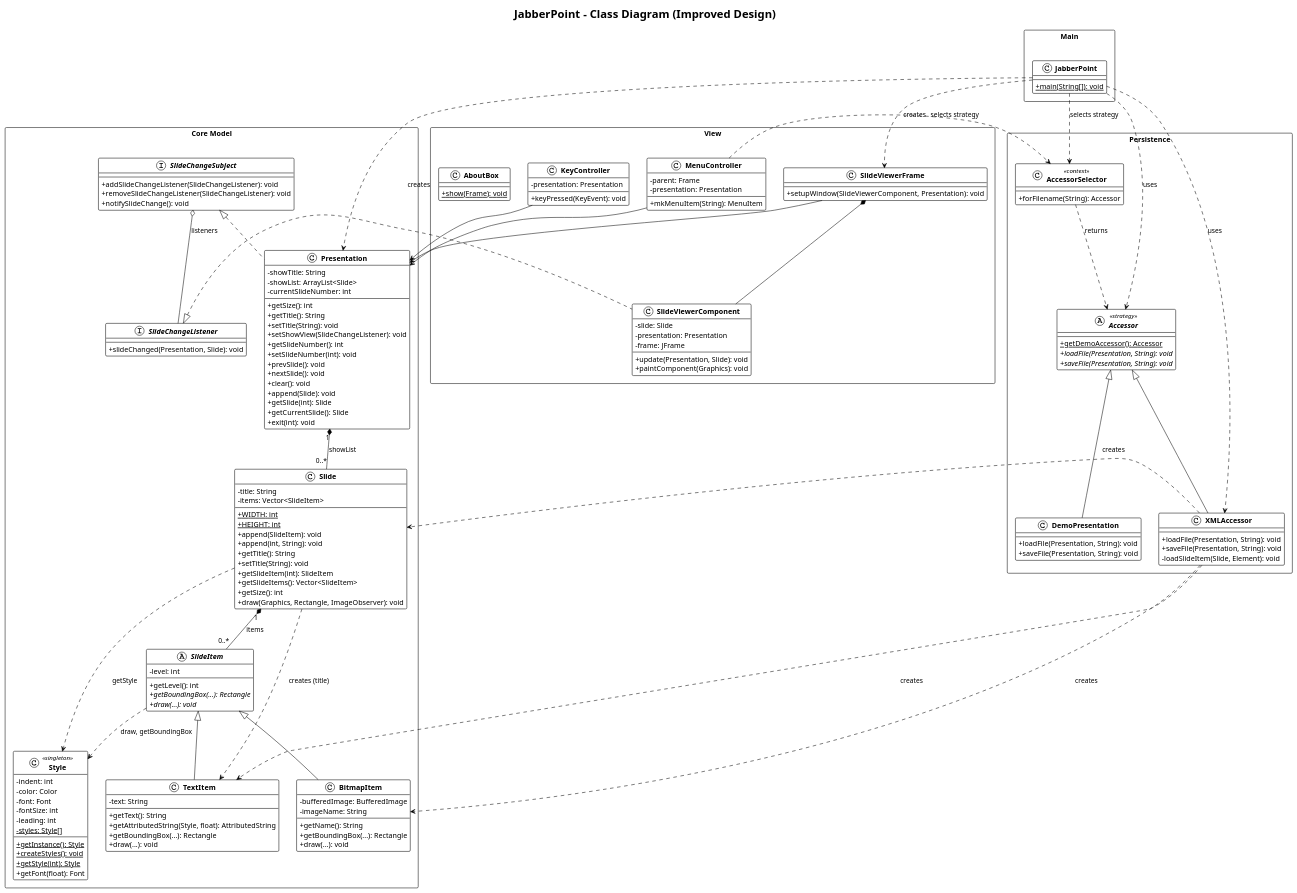
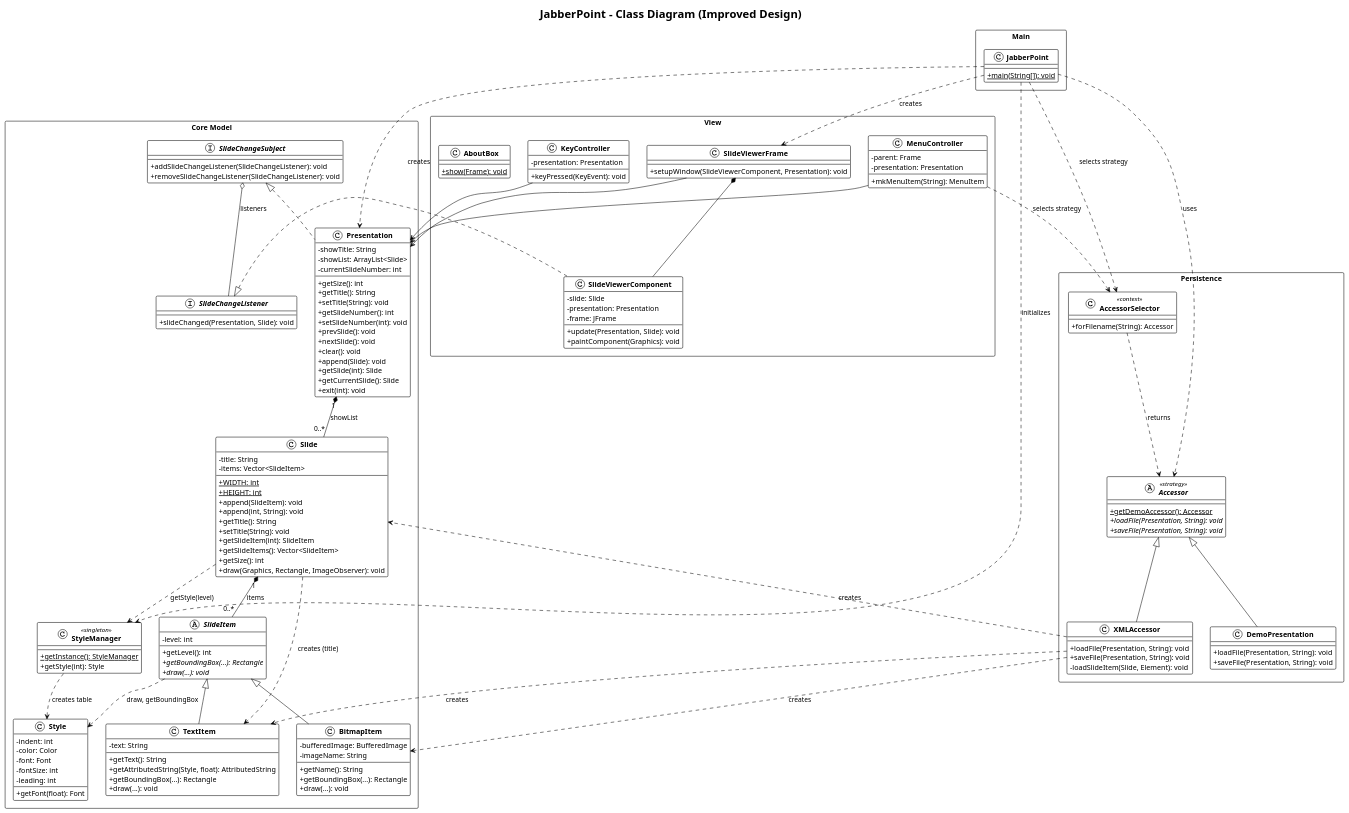
One commit to osi-akhigbe/JabberPoint changed the diagram in Jabberpoint-IT/docs/Jabberpoint-ClassDiagram.puml. Above: the diagram before and after it, drawn with PlantUML. The commit also changed 9 other files, not shown here.

```diff
--- a/Jabberpoint-IT/docs/Jabberpoint-ClassDiagram.puml
+++ b/Jabberpoint-IT/docs/Jabberpoint-ClassDiagram.puml
@@ -1,192 +1,193 @@
 @startuml JabberPoint Class Diagram
 !theme plain
 skinparam classAttributeIconSize 0
 skinparam classFontStyle bold
 skinparam packageStyle rectangle
 
 title JabberPoint - Class Diagram (Improved Design)
 
 package "Core Model" {
     interface SlideChangeListener {
         + slideChanged(Presentation, Slide): void
     }
 
     interface SlideChangeSubject {
         + addSlideChangeListener(SlideChangeListener): void
         + removeSlideChangeListener(SlideChangeListener): void
-        + notifySlideChange(): void
     }
 
     class Presentation {
         - showTitle: String
         - showList: ArrayList<Slide>
         - currentSlideNumber: int
         --
         + getSize(): int
         + getTitle(): String
         + setTitle(String): void
-        + setShowView(SlideChangeListener): void
         + getSlideNumber(): int
         + setSlideNumber(int): void
         + prevSlide(): void
         + nextSlide(): void
         + clear(): void
         + append(Slide): void
         + getSlide(int): Slide
         + getCurrentSlide(): Slide
         + exit(int): void
     }
 
     class Slide {
         - title: String
         - items: Vector<SlideItem>
         --
         + {static} WIDTH: int
         + {static} HEIGHT: int
         + append(SlideItem): void
         + append(int, String): void
         + getTitle(): String
         + setTitle(String): void
         + getSlideItem(int): SlideItem
         + getSlideItems(): Vector<SlideItem>
         + getSize(): int
         + draw(Graphics, Rectangle, ImageObserver): void
     }
 
     abstract class SlideItem {
         - level: int
         --
         + getLevel(): int
         + {abstract} getBoundingBox(...): Rectangle
         + {abstract} draw(...): void
     }
 
     class TextItem {
         - text: String
         --
         + getText(): String
         + getAttributedString(Style, float): AttributedString
         + getBoundingBox(...): Rectangle
         + draw(...): void
     }
 
     class BitmapItem {
         - bufferedImage: BufferedImage
         - imageName: String
         --
         + getName(): String
         + getBoundingBox(...): Rectangle
         + draw(...): void
     }
 
-    class Style <<singleton>> {
+    class Style {
         - indent: int
         - color: Color
         - font: Font
         - fontSize: int
         - leading: int
-        - {static} styles: Style[]
         --
-        + {static} getInstance(): Style
-        + {static} createStyles(): void
-        + {static} getStyle(int): Style
         + getFont(float): Font
+    }
+
+    class StyleManager <<singleton>> {
+        --
+        + {static} getInstance(): StyleManager
+        + getStyle(int): Style
     }
 }
 
 package "Persistence" {
     abstract class Accessor <<strategy>> {
         + {static} getDemoAccessor(): Accessor
         + {abstract} loadFile(Presentation, String): void
         + {abstract} saveFile(Presentation, String): void
     }
 
     class XMLAccessor {
         + loadFile(Presentation, String): void
         + saveFile(Presentation, String): void
         - loadSlideItem(Slide, Element): void
     }
 
     class DemoPresentation {
         + loadFile(Presentation, String): void
         + saveFile(Presentation, String): void
     }
 
     class AccessorSelector <<context>> {
         + forFilename(String): Accessor
     }
 }
 
 package "View" {
     class SlideViewerFrame {
         + setupWindow(SlideViewerComponent, Presentation): void
     }
 
     class SlideViewerComponent {
         - slide: Slide
         - presentation: Presentation
         - frame: JFrame
         --
         + update(Presentation, Slide): void
         + paintComponent(Graphics): void
     }
 
     class KeyController {
         - presentation: Presentation
         --
         + keyPressed(KeyEvent): void
     }
 
     class MenuController {
         - parent: Frame
         - presentation: Presentation
         --
         + mkMenuItem(String): MenuItem
     }
 
     class AboutBox {
         + {static} show(Frame): void
     }
 }
 
 package "Main" {
     class JabberPoint {
         + {static} main(String[]): void
     }
 }
 
 ' Relationships - Composition
 Presentation "1" *-- "0..*" Slide : showList
 Slide "1" *-- "0..*" SlideItem : items
 
 ' Relationships - Inheritance
 SlideItem <|-- TextItem
 SlideItem <|-- BitmapItem
 Accessor <|-- XMLAccessor
 Accessor <|-- DemoPresentation
 SlideChangeSubject <|.. Presentation
 SlideChangeListener <|.. SlideViewerComponent
 
 ' Relationships - Association
 SlideChangeSubject o-- SlideChangeListener : listeners
 SlideViewerFrame *-- SlideViewerComponent
 SlideViewerFrame --> Presentation
 KeyController --> Presentation
 MenuController --> Presentation
 
 ' Relationships - Dependency
-Slide ..> Style : getStyle
+Slide ..> StyleManager : getStyle(level)
 SlideItem ..> Style : draw, getBoundingBox
+StyleManager ..> Style : creates table
 JabberPoint ..> Presentation : creates
 JabberPoint ..> SlideViewerFrame : creates
 JabberPoint ..> Accessor : uses
-JabberPoint ..> XMLAccessor : uses
 JabberPoint ..> AccessorSelector : selects strategy
+JabberPoint ..> StyleManager : initializes
 MenuController ..> AccessorSelector : selects strategy
 AccessorSelector ..> Accessor : returns
 XMLAccessor ..> Slide : creates
 XMLAccessor ..> TextItem : creates
 XMLAccessor ..> BitmapItem : creates
 Slide ..> TextItem : creates (title)
 
 @enduml
```
